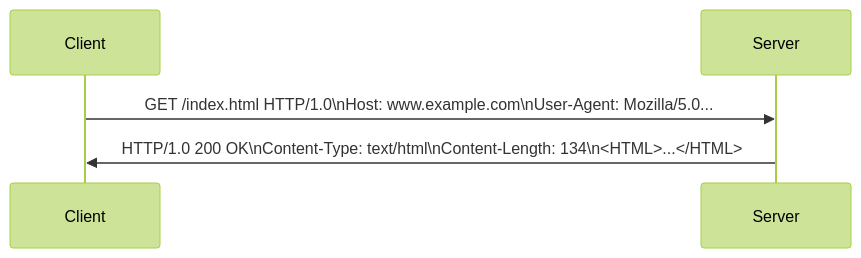
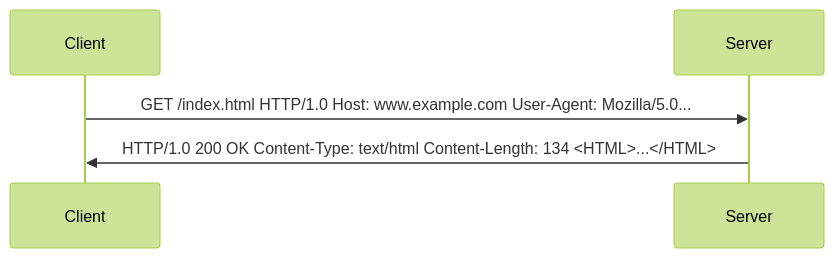
The first of 8 diagrams in docs/networking/protocols/layer-7/http.md (imdeepmind/imdeepmind.github.io), drawn with Mermaid (forest theme) before and after one commit. The commit also changed other lines of this file, not shown here.

Commit message:
docs(networking): IMDEEPMIND-28: updated the http docs

````diff
--- a/docs/networking/protocols/layer-7/http.md
+++ b/docs/networking/protocols/layer-7/http.md
@@ -83,7 +93,7 @@
-    ```mermaid
-    sequenceDiagram
-        participant Client as Client
-        participant Server as Server
-        Client->>Server: GET /index.html HTTP/1.0\nHost: www.example.com\nUser-Agent: Mozilla/5.0...
-        Server->>Client: HTTP/1.0 200 OK\nContent-Type: text/html\nContent-Length: 134\n<HTML>...</HTML>
-    ```
+```mermaid
+sequenceDiagram
+    participant Client as Client
+    participant Server as Server
+    Client->>Server: GET /index.html HTTP/1.0 Host: www.example.com User-Agent: Mozilla/5.0...
+    Server->>Client: HTTP/1.0 200 OK Content-Type: text/html Content-Length: 134 <HTML>...</HTML>
+```
````
